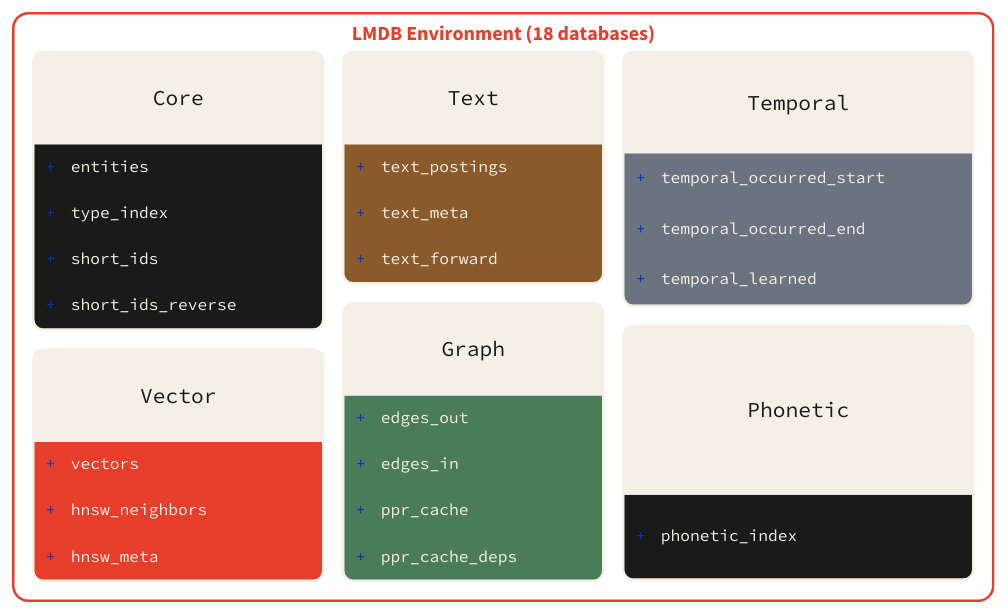
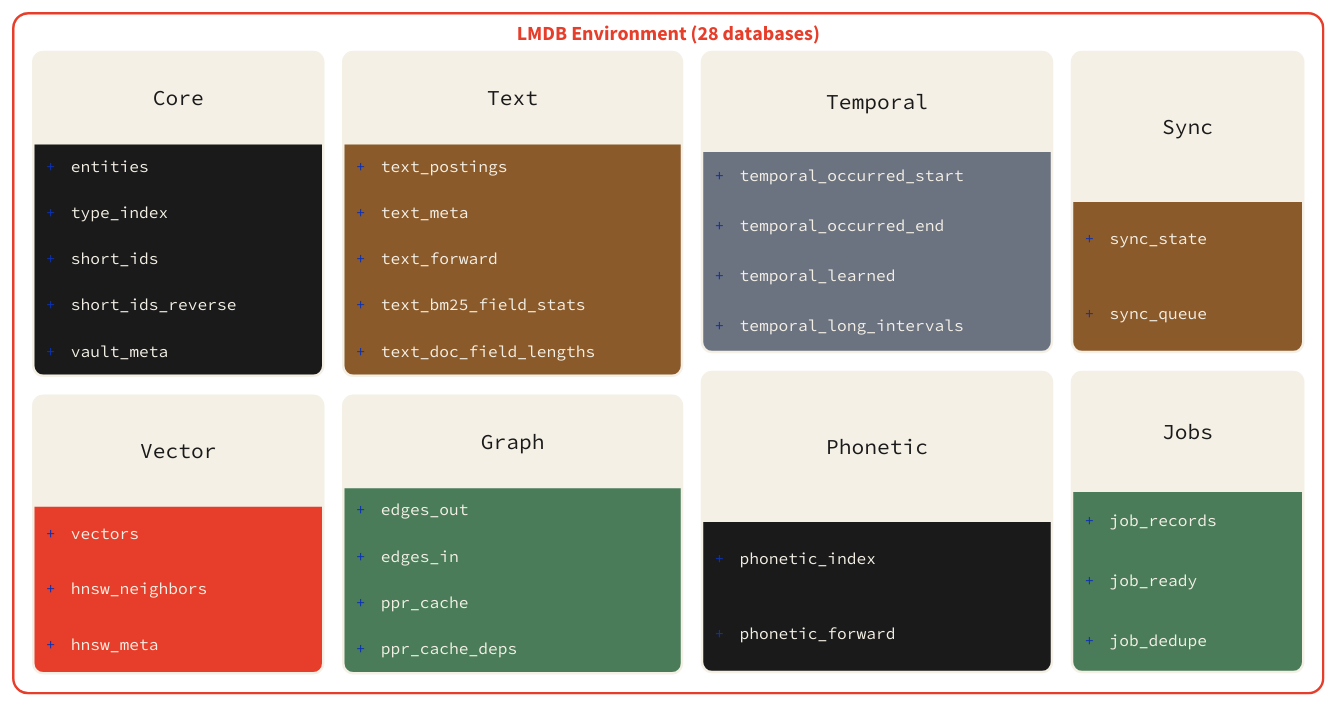
Before and after one commit to oneiron-dev/oneiron: the diagram in docs/storage-light.d2, drawn with D2. The commit also changed 8 other files, not shown here.

First line of the commit message:
docs: refresh deployment and storage diagrams

```diff
--- a/docs/storage-light.d2
+++ b/docs/storage-light.d2
@@ -1,97 +1,129 @@
 direction: down
 
-vault: LMDB Environment (18 databases) {
+vault: LMDB Environment (28 databases) {
   style.fill: transparent
   style.stroke: "#E63E2A"
   style.border-radius: 12
   style.font-color: "#E63E2A"
   style.font-size: 16
   style.bold: true
 
-  grid-columns: 3
+  grid-columns: 4
   grid-gap: 16
 
   core: "Core" {
     shape: class
     style.fill: "#F4F0E6"
     style.stroke: "#1a1a1a"
     style.border-radius: 8
     style.font-color: "#1a1a1a"
     style.font-size: 13
 
 
     entities
     type_index
     short_ids
     short_ids_reverse
+    vault_meta
   }
 
   vector: "Vector" {
     shape: class
     style.fill: "#F4F0E6"
     style.stroke: "#E63E2A"
     style.border-radius: 8
     style.font-color: "#1a1a1a"
     style.font-size: 13
 
 
     vectors
     hnsw_neighbors
     hnsw_meta
   }
 
   text: "Text" {
     shape: class
     style.fill: "#F4F0E6"
     style.stroke: "#8B5A2B"
     style.border-radius: 8
     style.font-color: "#1a1a1a"
     style.font-size: 13
 
 
     text_postings
     text_meta
     text_forward
+    text_bm25_field_stats
+    text_doc_field_lengths
   }
 
   graph: "Graph" {
     shape: class
     style.fill: "#F4F0E6"
     style.stroke: "#4A7C59"
     style.border-radius: 8
     style.font-color: "#1a1a1a"
     style.font-size: 13
 
 
     edges_out
     edges_in
     ppr_cache
     ppr_cache_deps
   }
 
   temporal: "Temporal" {
     shape: class
     style.fill: "#F4F0E6"
     style.stroke: "#6B7280"
     style.border-radius: 8
     style.font-color: "#1a1a1a"
     style.font-size: 13
 
 
     temporal_occurred_start
     temporal_occurred_end
     temporal_learned
+    temporal_long_intervals
   }
 
   phonetic: "Phonetic" {
     shape: class
     style.fill: "#F4F0E6"
     style.stroke: "#1a1a1a"
     style.border-radius: 8
     style.font-color: "#1a1a1a"
     style.font-size: 13
 
 
     phonetic_index
+    phonetic_forward
+  }
+
+  sync: "Sync" {
+    shape: class
+    style.fill: "#F4F0E6"
+    style.stroke: "#8B5A2B"
+    style.border-radius: 8
+    style.font-color: "#1a1a1a"
+    style.font-size: 13
+
+
+    sync_state
+    sync_queue
+  }
+
+  jobs: "Jobs" {
+    shape: class
+    style.fill: "#F4F0E6"
+    style.stroke: "#4A7C59"
+    style.border-radius: 8
+    style.font-color: "#1a1a1a"
+    style.font-size: 13
+
+
+    job_records
+    job_ready
+    job_dedupe
   }
 }
```
